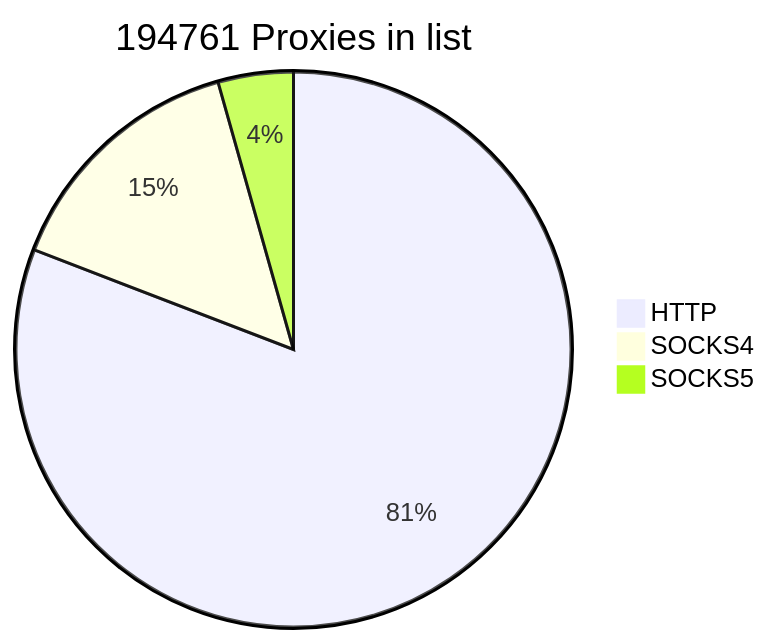
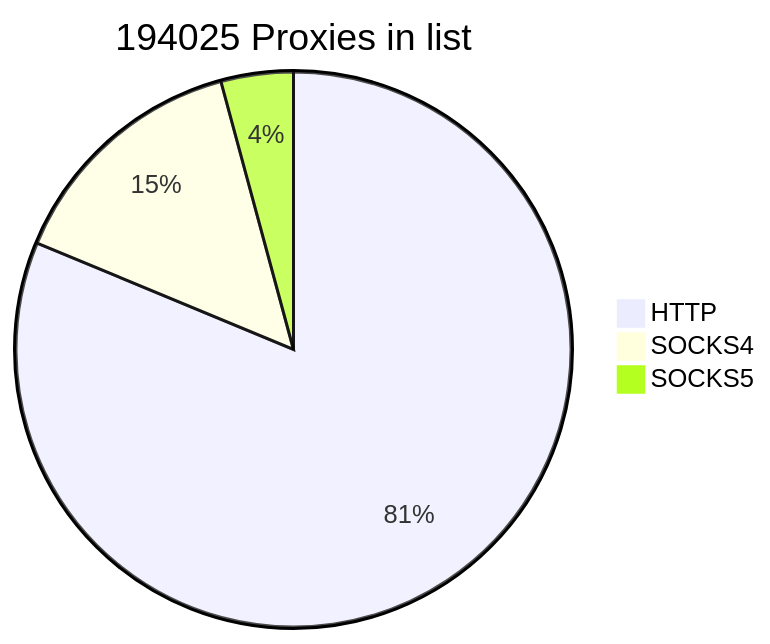
Before and after one commit to cutipu/proxylist: the first of 2 diagrams in README.md, drawn with Mermaid. The commit also changed other lines of this file, not shown here.

````diff
--- a/README.md
+++ b/README.md
@@ -2,7 +2,7 @@
 ```mermaid
-pie title 194761 Proxies in list
-    "HTTP" : 157444
-    "SOCKS4" : 28793
-    "SOCKS5" : 8524
+pie title 194025 Proxies in list
+    "HTTP" : 157669
+    "SOCKS4" : 28191
+    "SOCKS5" : 8165
             
 ```
````
